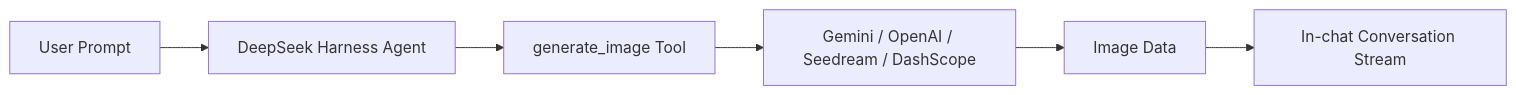
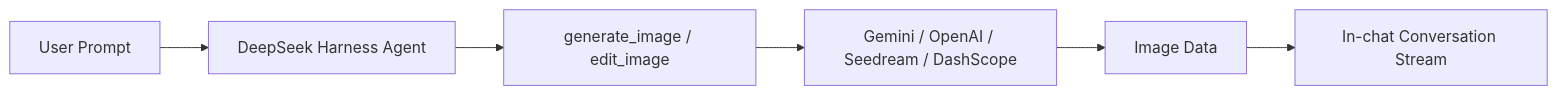
The diagram in README.en.md (randomix777/dsh-image-gen), drawn with Mermaid before and after one commit. The commit also changed other lines of this file, not shown here.

Commit message:
docs: sync English image editing description

````diff
--- a/README.en.md
+++ b/README.en.md
@@ -55,8 +55,8 @@
 ```mermaid
 graph LR
     A[User Prompt] --> B[DeepSeek Harness Agent]
-    B --> C[generate_image Tool]
+    B --> C[generate_image / edit_image]
     C --> D[Gemini / OpenAI / Seedream / DashScope]
     D --> E[Image Data]
     E --> F[In-chat Conversation Stream]
 ```
````
